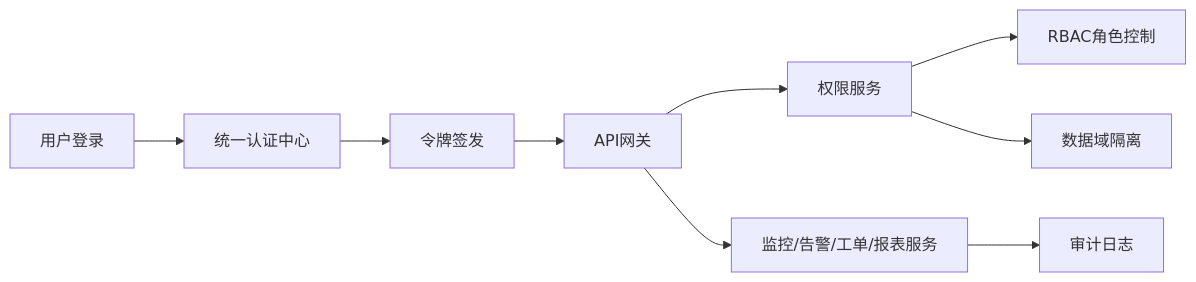
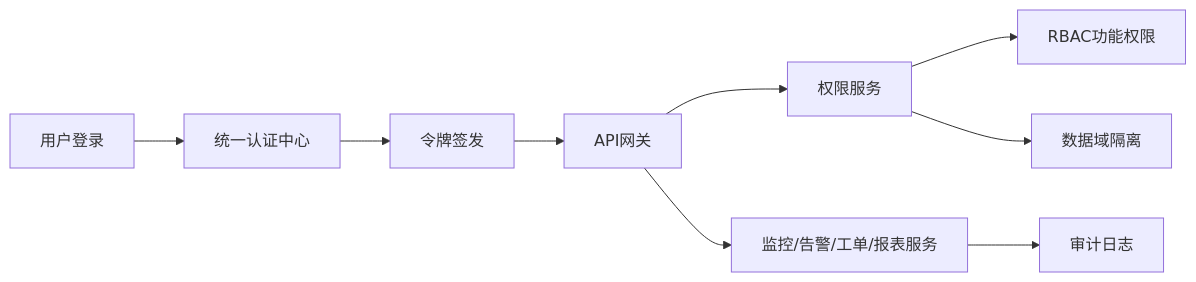
One commit to dptdptdpt1/26_jgs_lw changed the diagram in 场景到技术/05_多基地多租户与权限隔离.md. Above: the diagram before and after it, drawn with Mermaid. The commit also changed other lines of this file and 17 other files, not shown here.

````diff
--- a/场景到技术/05_多基地多租户与权限隔离.md
+++ b/场景到技术/05_多基地多租户与权限隔离.md
@@ -96,11 +168,11 @@
 ```mermaid
 flowchart LR
     A["用户登录"] --> B["统一认证中心"]
     B --> C["令牌签发"]
     C --> D["API网关"]
     D --> E["权限服务"]
-    E --> F["RBAC角色控制"]
+    E --> F["RBAC功能权限"]
     E --> G["数据域隔离"]
     D --> H["监控/告警/工单/报表服务"]
     H --> I["审计日志"]
 ```
````
